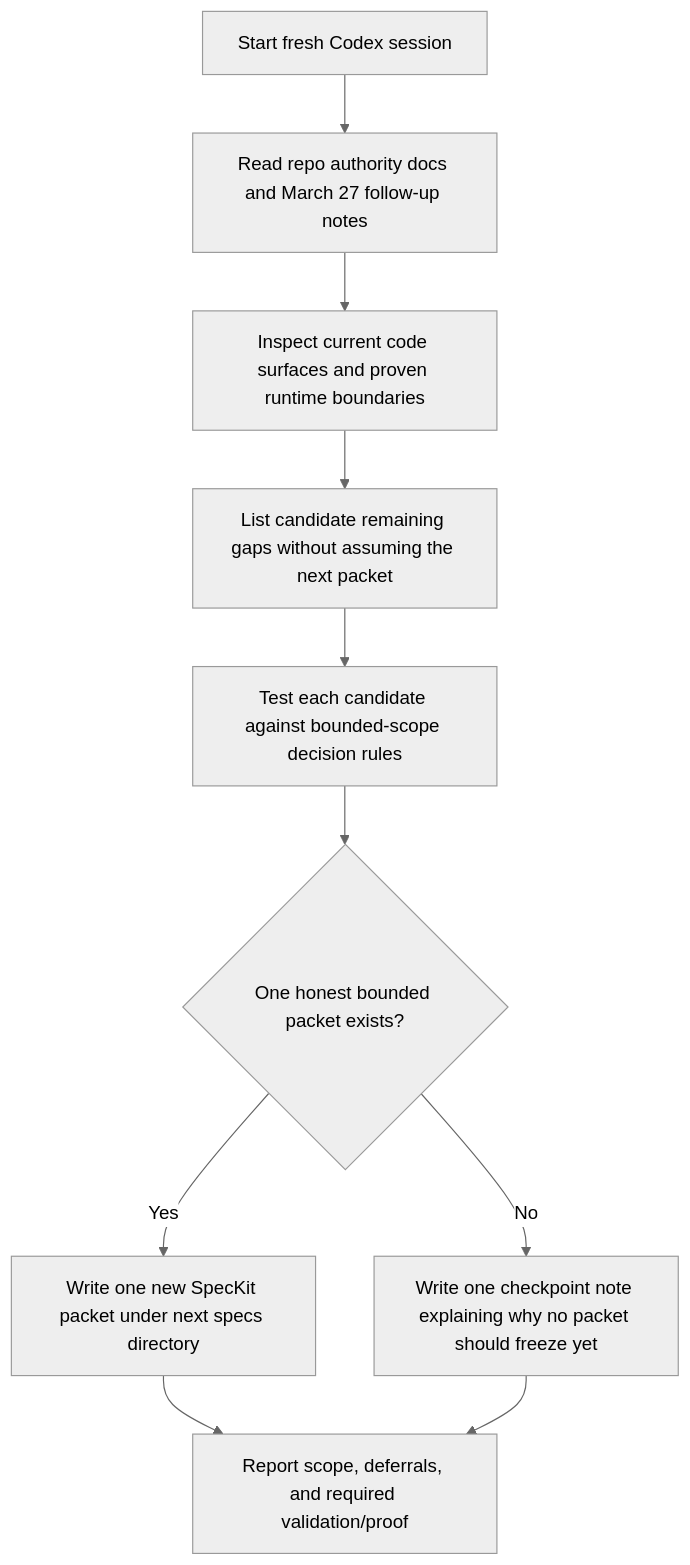
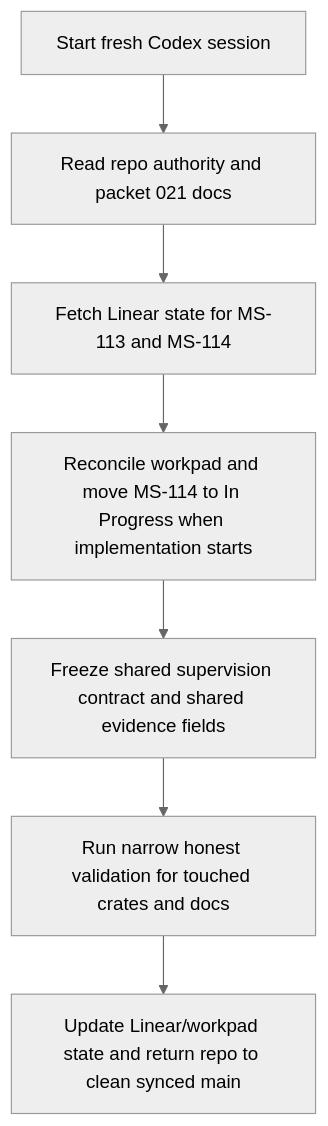
Before and after one commit to MattMagg/MisterSmith: the diagram in docs/prompt-improver-spec/implementation_plan.md, drawn with Mermaid (neutral theme). The commit also changed other lines of this file and 4 other files, not shown here.

First line of the commit message:
docs: add packet 021 implementation handoff

````diff
--- a/docs/prompt-improver-spec/implementation_plan.md
+++ b/docs/prompt-improver-spec/implementation_plan.md
@@ -79,12 +78,9 @@
 ```mermaid
 graph TD
-    A["Start fresh Codex session"] --> B["Read repo authority docs and March 27 follow-up notes"]
-    B --> C["Inspect current code surfaces and proven runtime boundaries"]
-    C --> D["List candidate remaining gaps without assuming the next packet"]
-    D --> E["Test each candidate against bounded-scope decision rules"]
-    E --> F{"One honest bounded packet exists?"}
-    F -- Yes --> G["Write one new SpecKit packet under next specs directory"]
-    F -- No --> H["Write one checkpoint note explaining why no packet should freeze yet"]
-    G --> I["Report scope, deferrals, and required validation/proof"]
-    H --> I
+    A["Start fresh Codex session"] --> B["Read repo authority and packet 021 docs"]
+    B --> C["Fetch Linear state for MS-113 and MS-114"]
+    C --> D["Reconcile workpad and move MS-114 to In Progress when implementation starts"]
+    D --> E["Freeze shared supervision contract and shared evidence fields"]
+    E --> F["Run narrow honest validation for touched crates and docs"]
+    F --> G["Update Linear/workpad state and return repo to clean synced main"]
 ```
````
